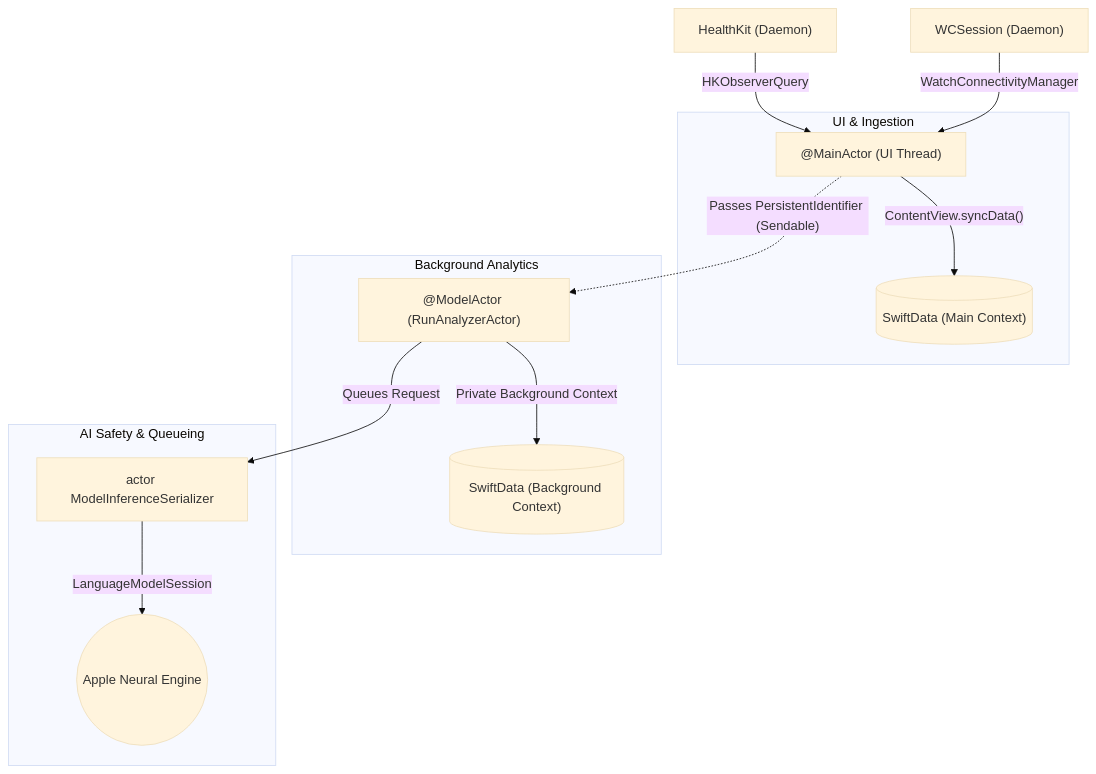
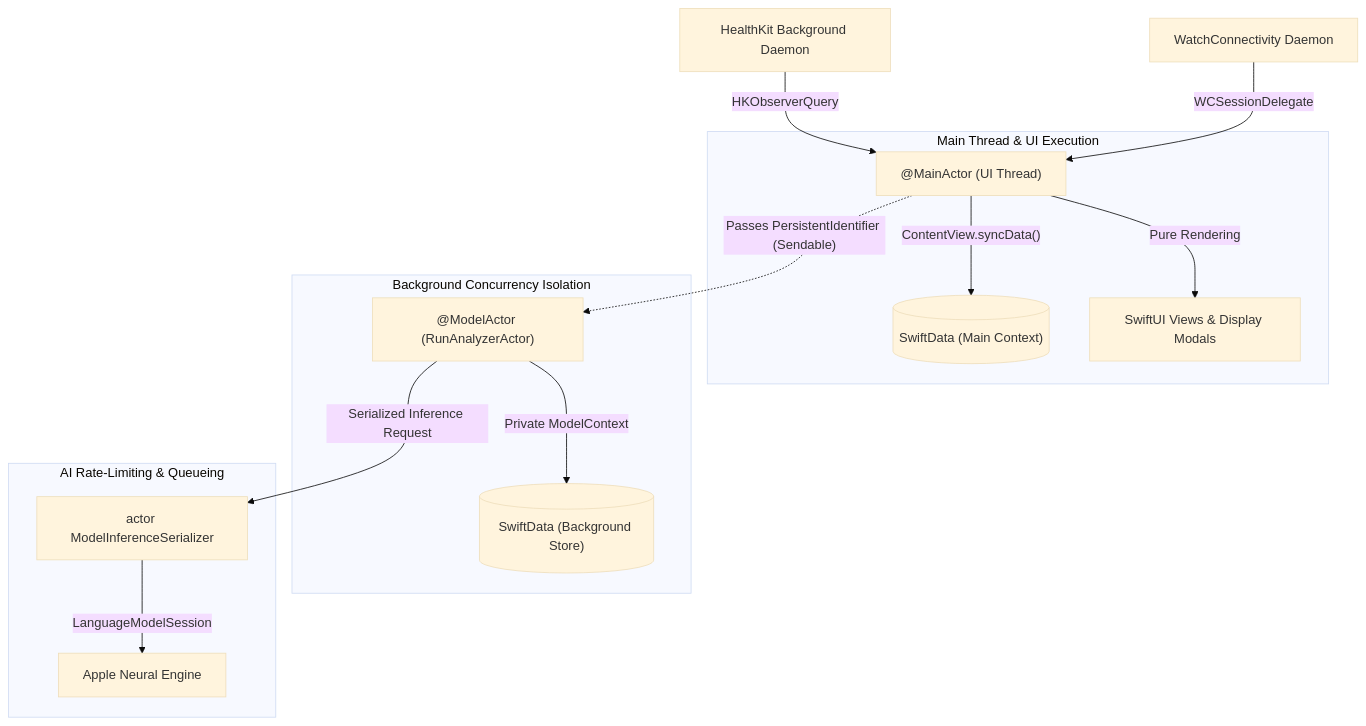
Before and after one commit to motilayo/runalyst: the second of 2 diagrams in docs/ARCHITECTURE.md, drawn with Mermaid (base theme). The commit also changed other lines of this file and 118 other files, not shown here.

````diff
--- a/docs/ARCHITECTURE.md
+++ b/docs/ARCHITECTURE.md
@@ -57,20 +106,21 @@
 ```mermaid
-graph TD
-    A["HealthKit (Daemon)"] -->|"HKObserverQuery"| B["@MainActor (UI Thread)"]
-    C["WCSession (Daemon)"] -->|"WatchConnectivityManager"| B
-    
-    subgraph UI & Ingestion
-    B -->|"ContentView.syncData()"| D[("SwiftData (Main Context)")]
+flowchart TD
+    HKDaemon["HealthKit Background Daemon"] -->|"HKObserverQuery"| MainActor["@MainActor (UI Thread)"]
+    WCSession["WatchConnectivity Daemon"] -->|"WCSessionDelegate"| MainActor
+
+    subgraph UIContext["Main Thread & UI Execution"]
+        MainActor -->|"ContentView.syncData()"| MainStore[("SwiftData (Main Context)")]
+        MainActor -->|"Pure Rendering"| SwiftUIViews["SwiftUI Views & Display Modals"]
     end
-    
-    subgraph Background Analytics
-    E["@ModelActor (RunAnalyzerActor)"] -->|"Private Background Context"| F[("SwiftData (Background Context)")]
+
+    subgraph BackgroundAnalytics["Background Concurrency Isolation"]
+        ModelActor["@ModelActor (RunAnalyzerActor)"] -->|"Private ModelContext"| BgStore[("SwiftData (Background Store)")]
     end
-    
-    subgraph AI Safety & Queueing
-    G["actor ModelInferenceSerializer"] -->|"LanguageModelSession"| H(("Apple Neural Engine"))
+
+    subgraph AISafety["AI Rate-Limiting & Queueing"]
+        Serializer["actor ModelInferenceSerializer"] -->|"LanguageModelSession"| NPU["Apple Neural Engine"]
     end
-    
-    B -.->|"Passes PersistentIdentifier (Sendable)"| E
-    E -->|"Queues Request"| G
+
+    MainActor -.->|"Passes PersistentIdentifier (Sendable)"| ModelActor
+    ModelActor -->|"Serialized Inference Request"| Serializer
 ```
````
